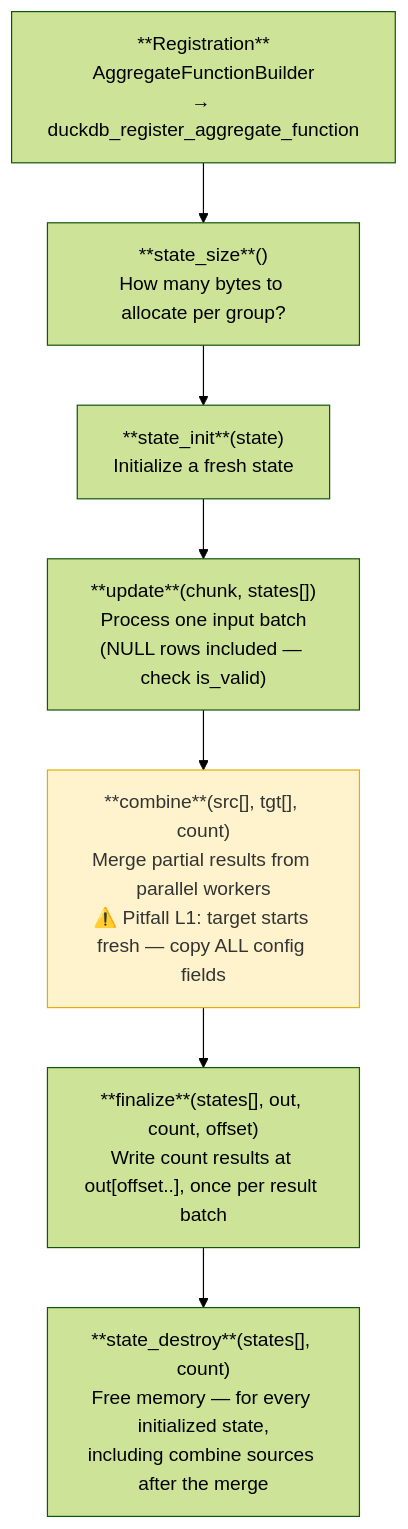
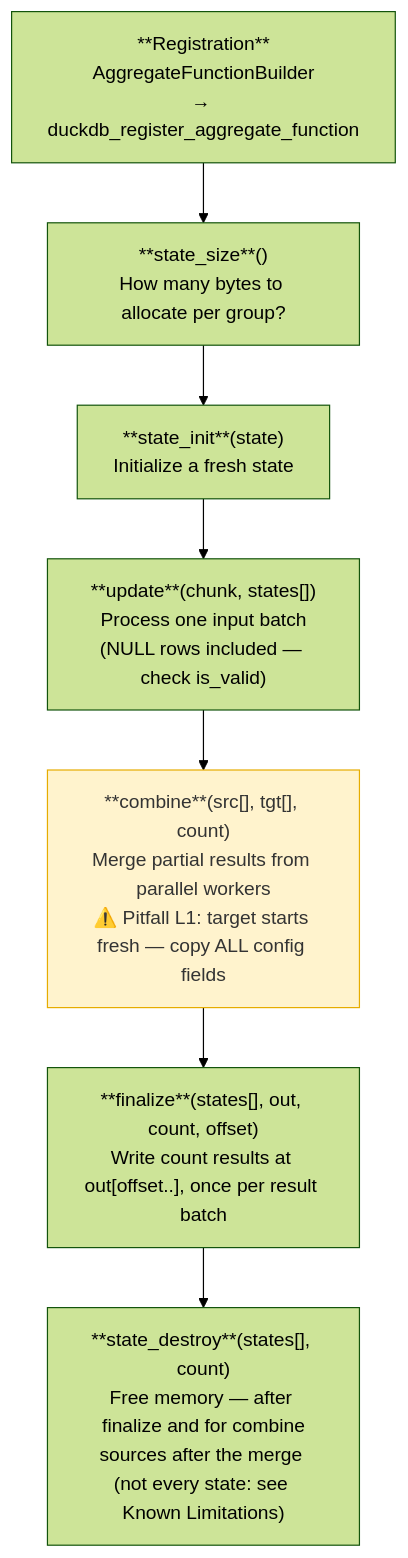
One commit to tomtom215/quack-rs changed the diagram in book/src/functions/aggregate.md. Above: the diagram before and after it, drawn with Mermaid (forest theme). The commit also changed other lines of this file and 147 other files, not shown here.

````diff
--- a/book/src/functions/aggregate.md
+++ b/book/src/functions/aggregate.md
@@ -35,20 +35,20 @@
 ```mermaid
 flowchart TD
     REG["**Registration**<br/>AggregateFunctionBuilder<br/>→ duckdb_register_aggregate_function"]
 
     REG     --> SIZE
     SIZE    --> INIT
     INIT    --> UPDATE
     UPDATE  --> COMBINE
     COMBINE --> FINAL
     FINAL   --> DESTROY
 
     SIZE["**state_size**()<br/>How many bytes to allocate per group?"]
     INIT["**state_init**(state)<br/>Initialize a fresh state"]
     UPDATE["**update**(chunk, states[])<br/>Process one input batch<br/>(NULL rows included — check is_valid)"]
     COMBINE["**combine**(src[], tgt[], count)<br/>Merge partial results from parallel workers<br/>⚠️ Pitfall L1: target starts fresh — copy ALL config fields"]
     FINAL["**finalize**(states[], out, count, offset)<br/>Write count results at out[offset..], once per result batch"]
-    DESTROY["**state_destroy**(states[], count)<br/>Free memory — for every initialized state,<br/>including combine sources after the merge"]
+    DESTROY["**state_destroy**(states[], count)<br/>Free memory — after finalize and for combine<br/>sources after the merge (not every state: see Known Limitations)"]
 
     style COMBINE fill:#fff3cd,stroke:#e6ac00,color:#333
 ```
````
